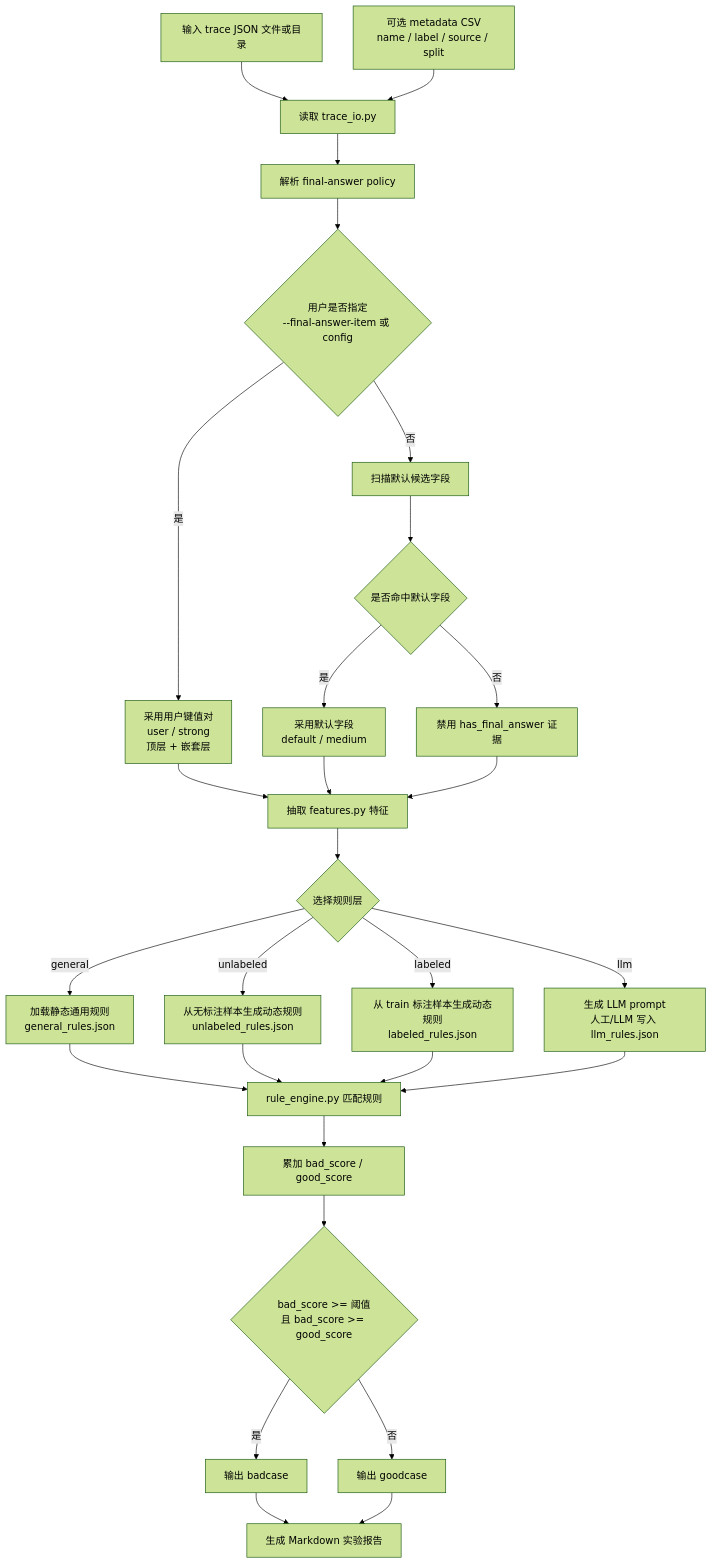
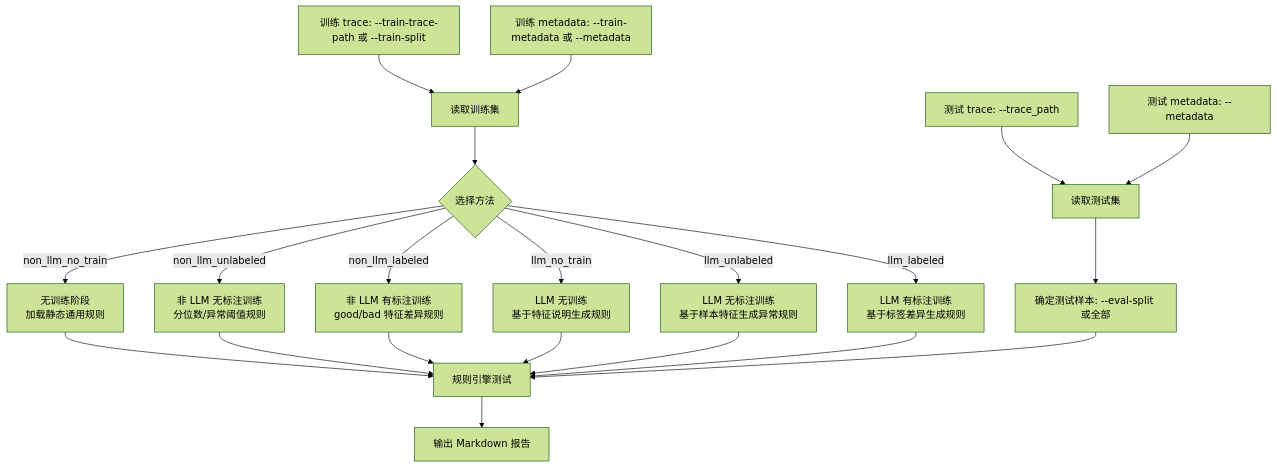
Before and after one commit to hehe03/skills-repo: the diagram in TraceSorter/Readme.md, drawn with Mermaid (forest theme). The commit also changed other lines of this file and 9 other files, not shown here.

````diff
--- a/TraceSorter/Readme.md
+++ b/TraceSorter/Readme.md
@@ -44,30 +72,23 @@
 ```mermaid
 flowchart TD
-    A["输入 trace JSON 文件或目录"] --> B["读取 trace_io.py"]
-    M["可选 metadata CSV<br/>name / label / source / split"] --> B
-    B --> C["解析 final-answer policy"]
-    C --> C1{"用户是否指定<br/>--final-answer-item 或 config"}
-    C1 -->|是| C2["采用用户键值对<br/>user / strong<br/>顶层 + 嵌套层"]
-    C1 -->|否| C3["扫描默认候选字段"]
-    C3 --> C4{"是否命中默认字段"}
-    C4 -->|是| C5["采用默认字段<br/>default / medium"]
-    C4 -->|否| C6["禁用 has_final_answer 证据"]
-    C2 --> D["抽取 features.py 特征"]
-    C5 --> D
-    C6 --> D
-    D --> E{"选择规则层"}
-    E -->|general| F["加载静态通用规则<br/>general_rules.json"]
-    E -->|unlabeled| G["从无标注样本生成动态规则<br/>unlabeled_rules.json"]
-    E -->|labeled| H["从 train 标注样本生成动态规则<br/>labeled_rules.json"]
-    E -->|llm| I["生成 LLM prompt<br/>人工/LLM 写入 llm_rules.json"]
-    F --> J["rule_engine.py 匹配规则"]
-    G --> J
-    H --> J
-    I --> J
-    J --> K["累加 bad_score / good_score"]
-    K --> L{"bad_score >= 阈值<br/>且 bad_score >= good_score"}
-    L -->|是| N["输出 badcase"]
-    L -->|否| O["输出 goodcase"]
-    N --> P["生成 Markdown 实验报告"]
-    O --> P
+    A["测试 trace: --trace_path"] --> B["读取测试集"]
+    AM["测试 metadata: --metadata"] --> B
+    T["训练 trace: --train-trace-path 或 --train-split"] --> C["读取训练集"]
+    TM["训练 metadata: --train-metadata 或 --metadata"] --> C
+    B --> D["确定测试样本: --eval-split 或全部"]
+    C --> E{"选择方法"}
+    E -->|non_llm_no_train| F["无训练阶段<br/>加载静态通用规则"]
+    E -->|non_llm_unlabeled| G["非 LLM 无标注训练<br/>分位数/异常阈值规则"]
+    E -->|non_llm_labeled| H["非 LLM 有标注训练<br/>good/bad 特征差异规则"]
+    E -->|llm_no_train| I["LLM 无训练<br/>基于特征说明生成规则"]
+    E -->|llm_unlabeled| J["LLM 无标注训练<br/>基于样本特征生成异常规则"]
+    E -->|llm_labeled| K["LLM 有标注训练<br/>基于标签差异生成规则"]
+    F --> L["规则引擎测试"]
+    G --> L
+    H --> L
+    I --> L
+    J --> L
+    K --> L
+    D --> L
+    L --> M["输出 Markdown 报告"]
 ```
````
